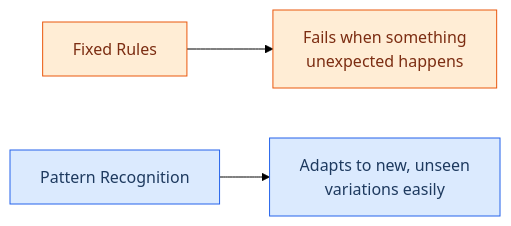
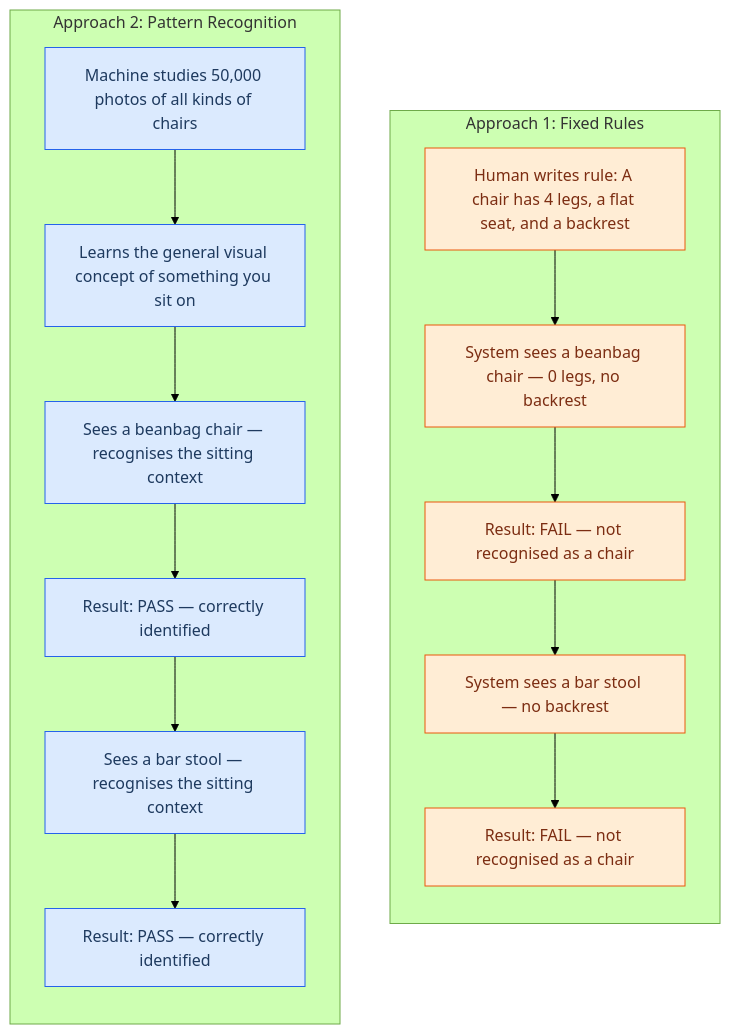
The diagram in Week2/02-how-machines-recognise-patterns.md (NamrataRev/AI_academy), drawn with Mermaid (forest theme) before and after one commit. The commit also changed other lines of this file and 3 other files, not shown here.

Commit message:
add course materials covering specification writing and machine pattern recognition principles

````diff
--- a/Week2/02-how-machines-recognise-patterns.md
+++ b/Week2/02-how-machines-recognise-patterns.md
@@ -50,10 +69,24 @@
 ```mermaid
-flowchart LR
-    A["Fixed Rules"] --> B["Fails when something<br>unexpected happens"]
-    C["Pattern Recognition"] --> D["Adapts to new, unseen<br>variations easily"]
-    
-    classDef blue fill:#dbeafe,stroke:#2563eb,color:#1e3a5f
-    classDef orange fill:#ffedd5,stroke:#ea580c,color:#7c2d12
-    class A,B orange
-    class C,D blue
+flowchart TD
+    subgraph RULES["Approach 1: Fixed Rules"]
+        direction TB
+        R1["Human writes rule: A chair has 4 legs, a flat seat, and a backrest"] --> R2["System sees a beanbag chair — 0 legs, no backrest"]
+        R2 --> R3["Result: FAIL — not recognised as a chair"]
+        R3 --> R4["System sees a bar stool — no backrest"]
+        R4 --> R5["Result: FAIL — not recognised as a chair"]
+    end
+
+    subgraph PATTERNS["Approach 2: Pattern Recognition"]
+        direction TB
+        P1["Machine studies 50,000 photos of all kinds of chairs"] --> P2["Learns the general visual concept of something you sit on"]
+        P2 --> P3["Sees a beanbag chair — recognises the sitting context"]
+        P3 --> P4["Result: PASS — correctly identified"]
+        P4 --> P5["Sees a bar stool — recognises the sitting context"]
+        P5 --> P6["Result: PASS — correctly identified"]
+    end
+
+    classDef ruleStyle fill:#ffedd5,stroke:#ea580c,color:#7c2d12
+    classDef patternStyle fill:#dbeafe,stroke:#2563eb,color:#1e3a5f
+    class R1,R2,R3,R4,R5 ruleStyle
+    class P1,P2,P3,P4,P5,P6 patternStyle
 ```
````
